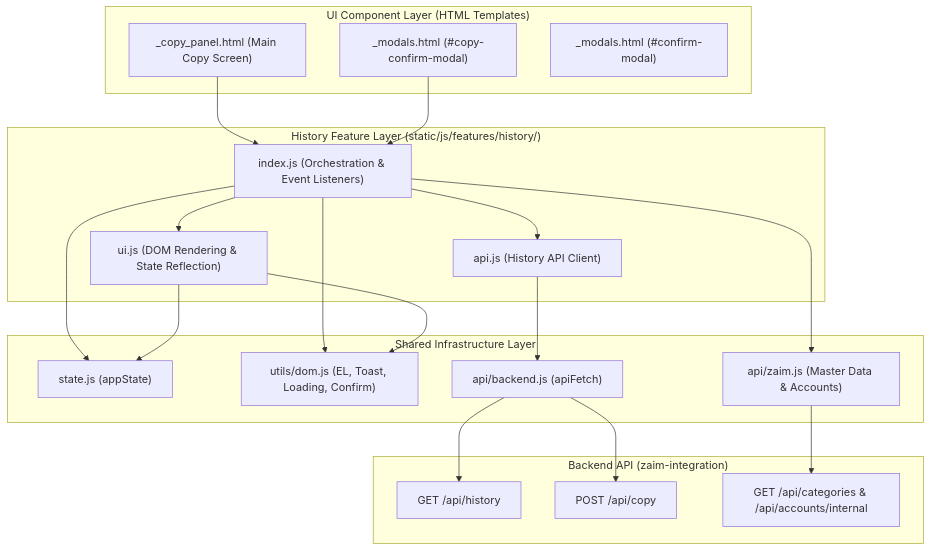
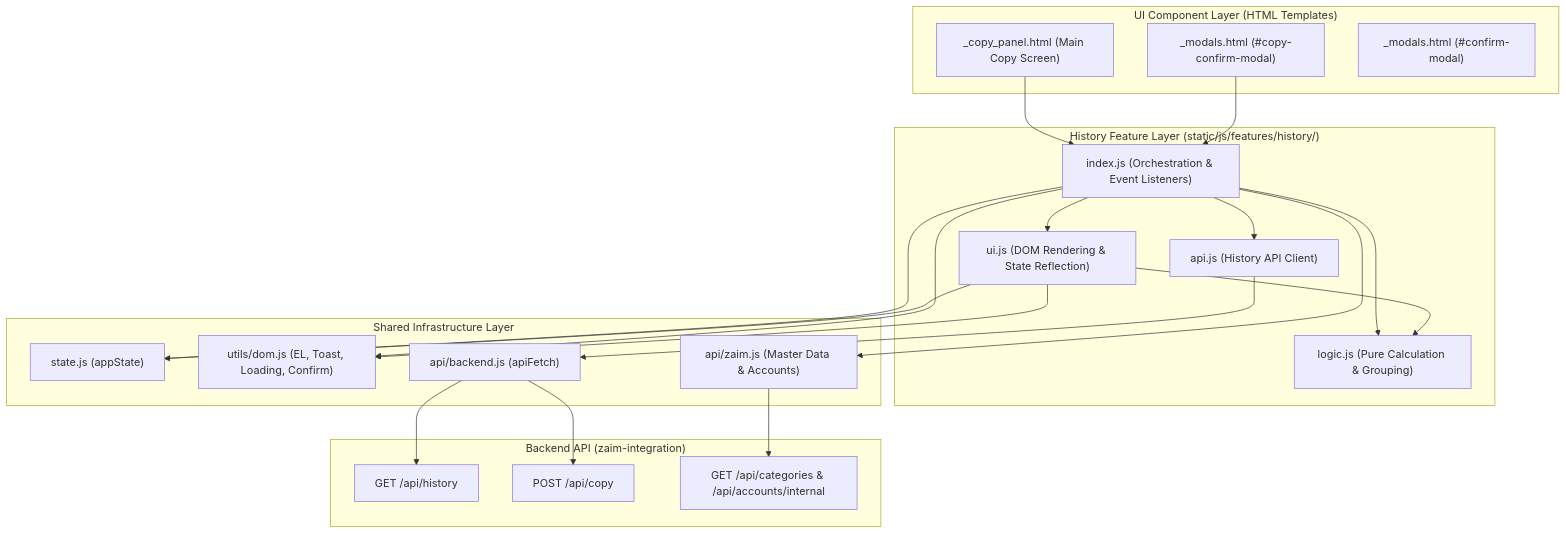
One commit to y-kbys/zaim-lens changed the first of 3 diagrams in .kiro/specs/history-copy-ui/design.md. Above: the diagram before and after it, drawn with Mermaid. The commit also changed other lines of this file, not shown here.

First line of the commit message:
docs(history-copy-ui): update design.md with logic.js and unit test structure

````diff
--- a/.kiro/specs/history-copy-ui/design.md
+++ b/.kiro/specs/history-copy-ui/design.md
@@ -58,41 +58,44 @@
 ```mermaid
 graph TD
     subgraph UI_Layer ["UI Component Layer (HTML Templates)"]
         PanelCopy["_copy_panel.html (Main Copy Screen)"]
         ModalCopy["_modals.html (#copy-confirm-modal)"]
         ConfirmModal["_modals.html (#confirm-modal)"]
     end
 
     subgraph Feature_Layer ["History Feature Layer (static/js/features/history/)"]
         Index["index.js (Orchestration & Event Listeners)"]
         UI["ui.js (DOM Rendering & State Reflection)"]
+        Logic["logic.js (Pure Calculation & Grouping)"]
         API["api.js (History API Client)"]
     end
 
     subgraph Shared_Layer ["Shared Infrastructure Layer"]
         AppState["state.js (appState)"]
         DOMUtils["utils/dom.js (EL, Toast, Loading, Confirm)"]
         BackendAPI["api/backend.js (apiFetch)"]
         ZaimAPIHelper["api/zaim.js (Master Data & Accounts)"]
     end
 
     subgraph Backend_Boundary ["Backend API (zaim-integration)"]
         HistoryEndpoint["GET /api/history"]
         CopyEndpoint["POST /api/copy"]
         MasterEndpoint["GET /api/categories & /api/accounts/internal"]
     end
 
     PanelCopy --> Index
     ModalCopy --> Index
     Index --> UI
+    Index --> Logic
     Index --> API
     Index --> AppState
     Index --> DOMUtils
     Index --> ZaimAPIHelper
+    UI --> Logic
     UI --> AppState
     UI --> DOMUtils
     API --> BackendAPI
     BackendAPI --> HistoryEndpoint
     BackendAPI --> CopyEndpoint
     ZaimAPIHelper --> MasterEndpoint
 ```
````
